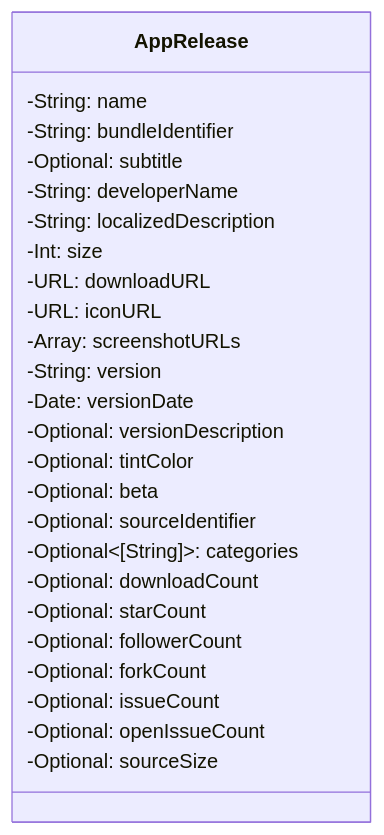
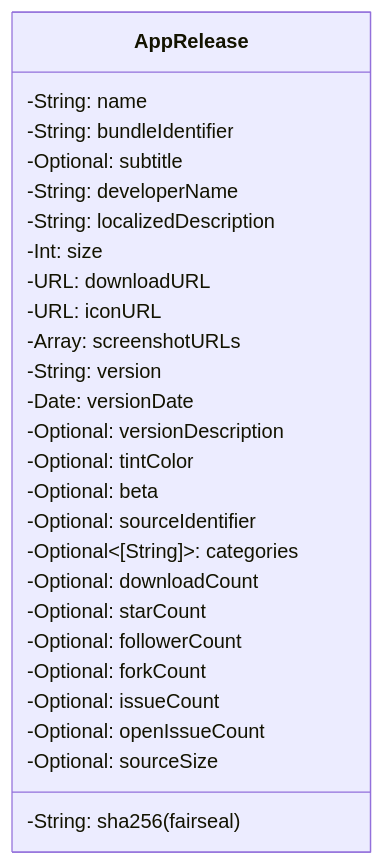
One commit to emilypx/appfair.github.io changed the diagram in assets/faircatalog-AppRelease.mmd. Above: the diagram before and after it, drawn with Mermaid. The commit also changed 7 other files, not shown here.

```diff
--- a/assets/faircatalog-AppRelease.mmd
+++ b/assets/faircatalog-AppRelease.mmd
@@ -1,26 +1,27 @@
 classDiagram
     class AppRelease {
         -String: name
         -String: bundleIdentifier
         -Optional<String>: subtitle
         -String: developerName
         -String: localizedDescription
         -Int: size
         -URL: downloadURL
+        -String: sha256 (fairseal)
         -URL: iconURL
         -Array<URL>: screenshotURLs
         -String: version
         -Date: versionDate
         -Optional<String>: versionDescription
         -Optional<String>: tintColor
         -Optional<Bool>: beta
         -Optional<String>: sourceIdentifier
         -Optional<[String]>: categories
         -Optional<Int>: downloadCount
         -Optional<Int>: starCount
         -Optional<Int>: followerCount
         -Optional<Int>: forkCount
         -Optional<Int>: issueCount
         -Optional<Int>: openIssueCount
         -Optional<Int>: sourceSize
     }
```
